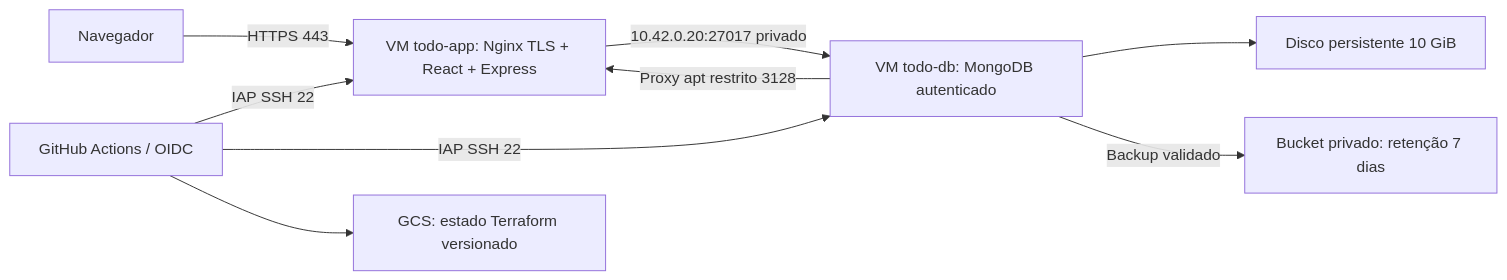
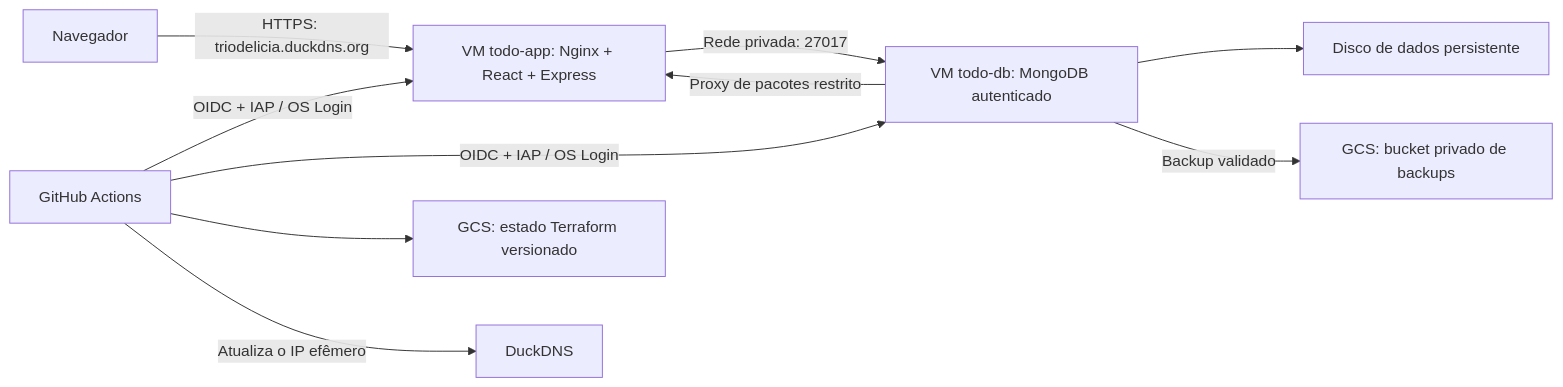
Before and after one commit to pepepedrinho/S8_GCP_IaC_CICD_ToDoApp: the diagram in README.md, drawn with Mermaid. The commit also changed other lines of this file and 23 other files, not shown here.

````diff
--- a/README.md
+++ b/README.md
@@ -11,11 +23,12 @@
 ```mermaid
 flowchart LR
-    Browser[Navegador] -->|HTTPS 443| App[VM todo-app: Nginx TLS + React + Express]
-    App -->|10.42.0.20:27017 privado| DB[VM todo-db: MongoDB autenticado]
-    DB --> Disk[Disco persistente 10 GiB]
-    DB -->|Backup validado| GCS[Bucket privado: retenção 7 dias]
-    GH[GitHub Actions / OIDC] -->|IAP SSH 22| App
-    GH -->|IAP SSH 22| DB
-    GH --> State[GCS: estado Terraform versionado]
-    DB -->|Proxy apt restrito 3128| App
+    Browser[Navegador] -->|HTTPS: triodelicia.duckdns.org| App[VM todo-app: Nginx + React + Express]
+    App -->|Rede privada: 27017| DB[VM todo-db: MongoDB autenticado]
+    DB --> Disk[Disco de dados persistente]
+    DB -->|Backup validado| Backups[GCS: bucket privado de backups]
+    Actions[GitHub Actions] -->|OIDC + IAP / OS Login| App
+    Actions -->|OIDC + IAP / OS Login| DB
+    Actions --> State[GCS: estado Terraform versionado]
+    Actions -->|Atualiza o IP efêmero| DNS[DuckDNS]
+    DB -->|Proxy de pacotes restrito| App
 ```
````
